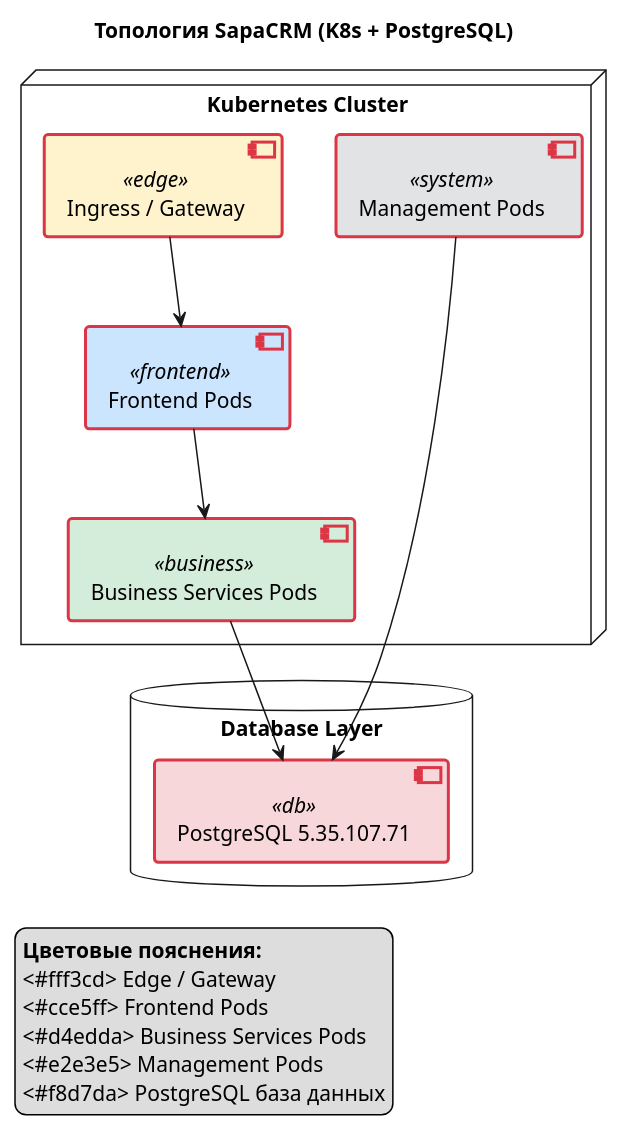
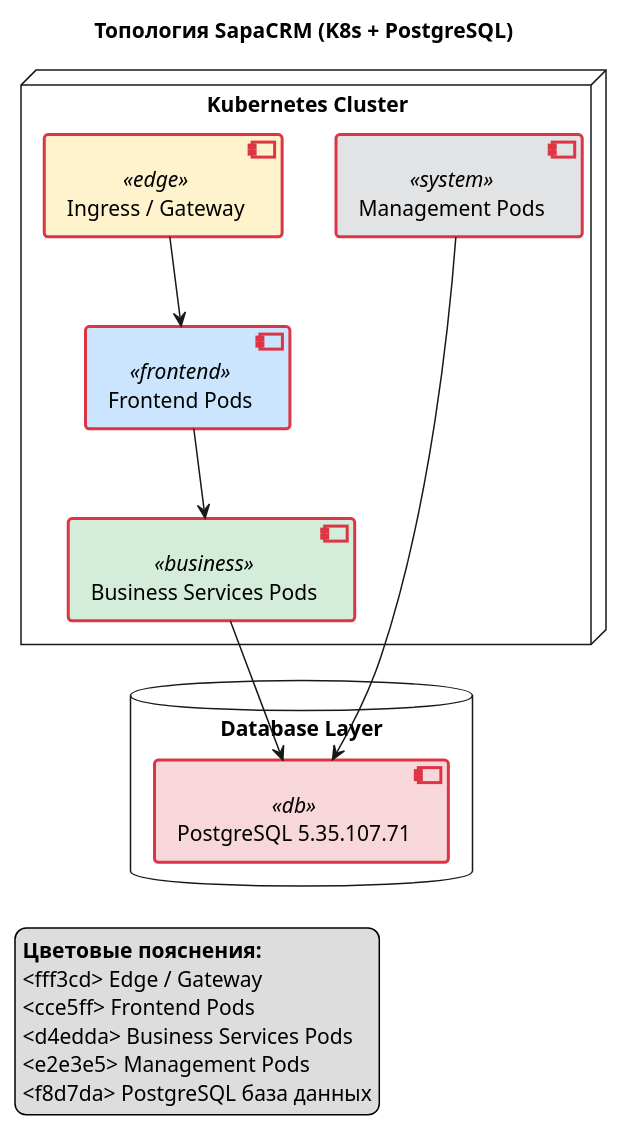
One commit to styazhkoV/- changed the tenth of 11 diagrams in SapaCRM Kcell описание/v 2.1.3  Full Version Архитектура и устройство SapaCRM (АО «Kcell»).md. Above: the diagram before and after it, drawn with PlantUML. The commit also changed other lines of this file and 53 other files, not shown here.

````diff
--- a/SapaCRM Kcell описание/v 2.1.3  Full Version Архитектура и устройство SapaCRM (АО «Kcell»).md
+++ b/SapaCRM Kcell описание/v 2.1.3  Full Version Архитектура и устройство SapaCRM (АО «Kcell»).md
@@ -740,60 +740,60 @@
 ```plantuml
 @startuml
 title Топология SapaCRM (K8s + PostgreSQL)
 
 node "Kubernetes Cluster" as K8s {
   component "Ingress / Gateway" as LB <<edge>>
   component "Frontend Pods" as Front <<frontend>>
   component "Business Services Pods" as Core <<business>>
   component "Management Pods" as Mgmt <<system>>
 }
 
 database "Database Layer" as DB {
   component "PostgreSQL 5.35.107.71" as PSQL <<db>>
 }
 
 ' === Связи ===
 LB --> Front
 Front --> Core
 Core --> PSQL
 Mgmt --> PSQL
 
 ' === Стилизация ===
 skinparam component {
-  BackgroundColor<<edge>> #fff3cd
-  BorderColor #856404
+  BackgroundColor<<edge>> fff3cd
+  BorderColor 856404
   BorderThickness 2
 }
 skinparam component {
-  BackgroundColor<<frontend>> #cce5ff
-  BorderColor #004085
+  BackgroundColor<<frontend>> cce5ff
+  BorderColor 004085
   BorderThickness 2
 }
 skinparam component {
-  BackgroundColor<<business>> #d4edda
-  BorderColor #28a745
+  BackgroundColor<<business>> d4edda
+  BorderColor 28a745
   BorderThickness 2
 }
 skinparam component {
-  BackgroundColor<<system>> #e2e3e5
-  BorderColor #6c757d
+  BackgroundColor<<system>> e2e3e5
+  BorderColor 6c757d
   BorderThickness 2
 }
 skinparam component {
-  BackgroundColor<<db>> #f8d7da
-  BorderColor #dc3545
+  BackgroundColor<<db>> f8d7da
+  BorderColor dc3545
   BorderThickness 2
 }
 
 legend left
   <b>Цветовые пояснения:</b>
-  <#fff3cd> Edge / Gateway
-  <#cce5ff> Frontend Pods
-  <#d4edda> Business Services Pods
-  <#e2e3e5> Management Pods
-  <#f8d7da> PostgreSQL база данных
+  <fff3cd> Edge / Gateway
+  <cce5ff> Frontend Pods
+  <d4edda> Business Services Pods
+  <e2e3e5> Management Pods
+  <f8d7da> PostgreSQL база данных
 endlegend
 
 @enduml
 
 ```
````
